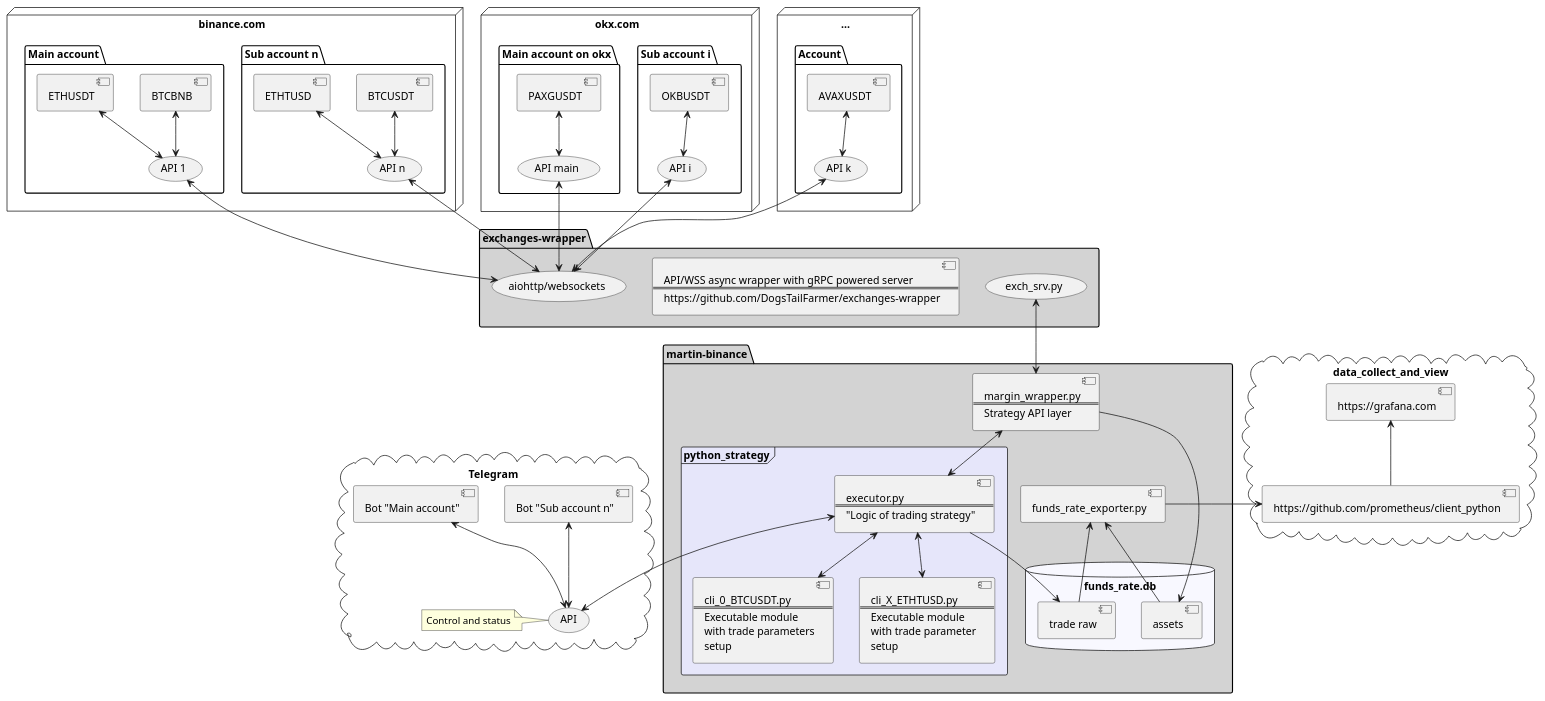
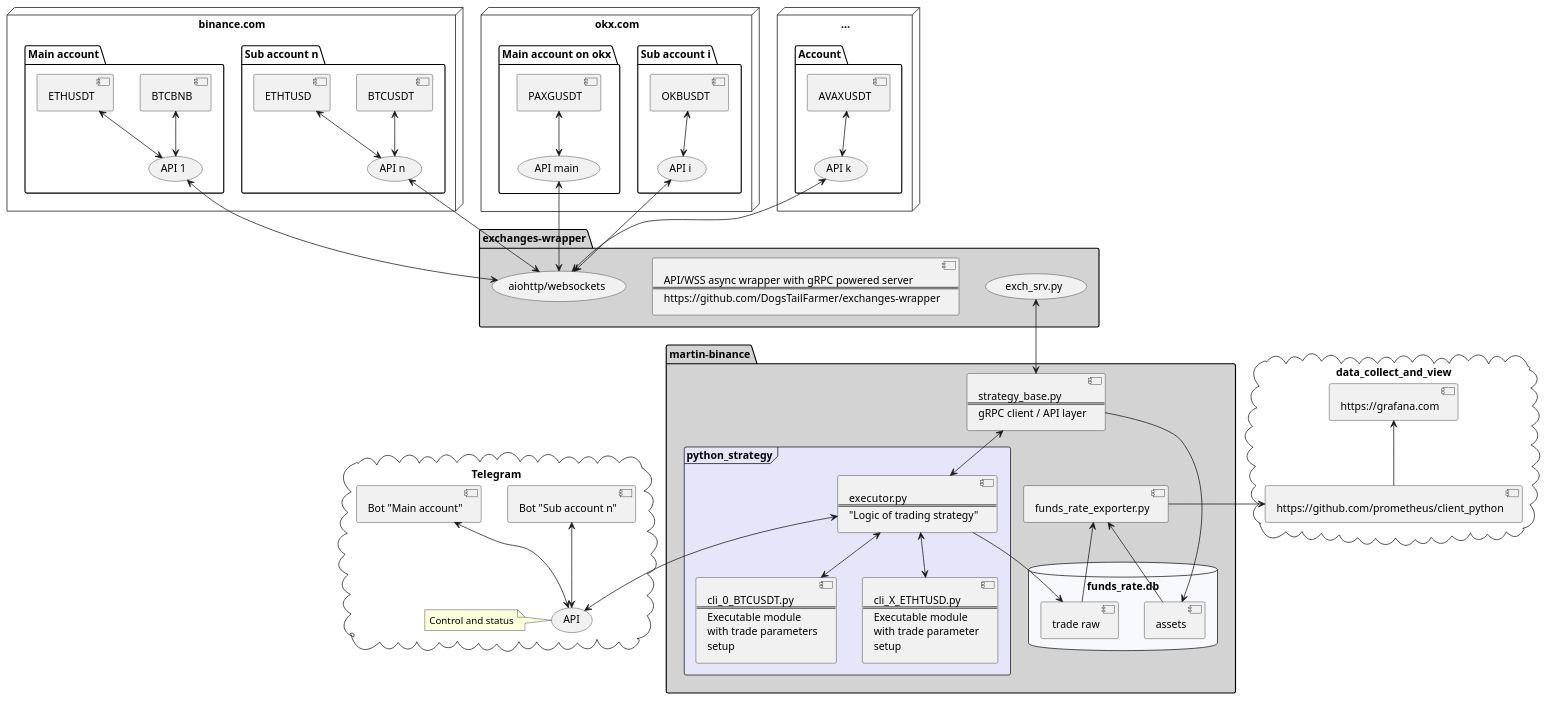
One commit to DogsTailFarmer/martin-binance changed the diagram in uml/architecture.puml. Above: the diagram before and after it, drawn with PlantUML. The commit also changed 7 other files, not shown here.

```diff
--- a/uml/architecture.puml
+++ b/uml/architecture.puml
@@ -1,99 +1,99 @@
 @startuml
 'https://plantuml.com/component-diagram
 
 node "binance.com" {
     package "Sub account n" {
         [BTCUSDT] <--> (API n)
         [ETHTUSD] <--> (API n)
   }
     package "Main account" {
         [BTCBNB] <--> (API 1)
         [ETHUSDT] <--> (API 1)
   }
 }
 
 node "okx.com" {
     package "Sub account i" {
         [OKBUSDT] <--> (API i)
   }
      package "Main account on okx" {
         [PAXGUSDT] <--> (API main)
   }
 }
 
 node "..." {
      package "Account" {
         [AVAXUSDT] <--> (API k)
   }
 }
 
 package "exchanges-wrapper" #D3D3D3 {
     component ew [API/WSS async wrapper with gRPC powered server
     ===
     https://github.com/DogsTailFarmer/exchanges-wrapper]
     (aiohttp/websockets)
     (exch_srv.py) as srv
 }
 
 package "martin-binance" #D3D3D3 {
     [funds_rate_exporter.py] as exp
     database funds_rate.db #F8F8FF {
     [assets] -up-> exp
     [trade raw] -up-> exp
     }
     component mw [
-        margin_wrapper.py
+        strategy_base.py
         ===
-        Strategy API layer
+        gRPC client / API layer
     ]
     frame python_strategy #E6E6FA {
         component ex [
             executor.py
             ===
             "Logic of trading strategy"
         ]
         component c1 [
             cli_0_BTCUSDT.py
             ===
             Executable module
             with trade parameters
             setup
         ]
         component cn [
             cli_X_ETHTUSD.py
             ===
             Executable module
             with trade parameter
             setup
         ]
    }
 [mw] <-up-> [srv]
 [ex] <-up-> [mw]
 [c1] <-up-> [ex]
 [cn] <-up-> [ex]
 }
 
 cloud Telegram {
     [Bot "Sub account n"] <-down-> (API)
     [Bot "Main account"] <-down-> (API)
     note left of API : Control and status
 }
 
 cloud data_collect_and_view {
 [https://grafana.com] as gr
 [https://github.com/prometheus/client_python] as prom
 }
 
 
 [aiohttp/websockets] <-up-> (API 1)
 [aiohttp/websockets] <-up-> (API n)
 [aiohttp/websockets] <-up-> (API main)
 [aiohttp/websockets] <-up-> (API i)
 [aiohttp/websockets] <-up-> (API k)
 [ex] --> [trade raw]
 [mw] --> [assets]
 [exp] -left-> prom
 prom -up-> gr
 [ex] <--> API
 
 @enduml
```
